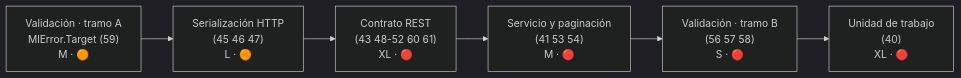
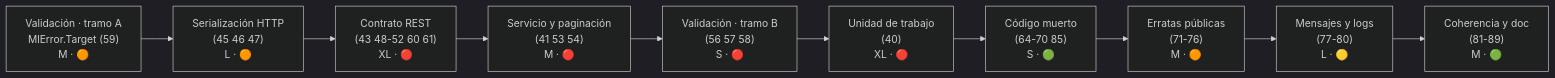
The diagram in src/Next_Versions/2.1/README.md (moraleslarios/FOOP), drawn with Mermaid (dark theme) before and after one commit. The commit also changed other lines of this file and 4 other files, not shown here.

````diff
--- a/src/Next_Versions/2.1/README.md
+++ b/src/Next_Versions/2.1/README.md
@@ -47,8 +72,12 @@
 ```mermaid
 graph LR
     V1["Validación · tramo A<br/>MlError.Target (59)<br/>M · 🟠"] --> H["Serialización HTTP<br/>(45 46 47)<br/>L · 🟠"]
     H  --> R["Contrato REST<br/>(43 48-52 60 61)<br/>XL · 🔴"]
     R  --> A["Servicio y paginación<br/>(41 53 54)<br/>M · 🔴"]
     A  --> V2["Validación · tramo B<br/>(56 57 58)<br/>S · 🔴"]
     V2 --> UOW["Unidad de trabajo<br/>(40)<br/>XL · 🔴"]
+    UOW --> DM["Código muerto<br/>(64-70 85)<br/>S · 🟢"]
+    DM --> ER["Erratas públicas<br/>(71-76)<br/>M · 🟠"]
+    ER --> MS["Mensajes y logs<br/>(77-80)<br/>L · 🟡"]
+    MS --> CO["Coherencia y doc<br/>(81-89)<br/>M · 🟢"]
 ```
````
